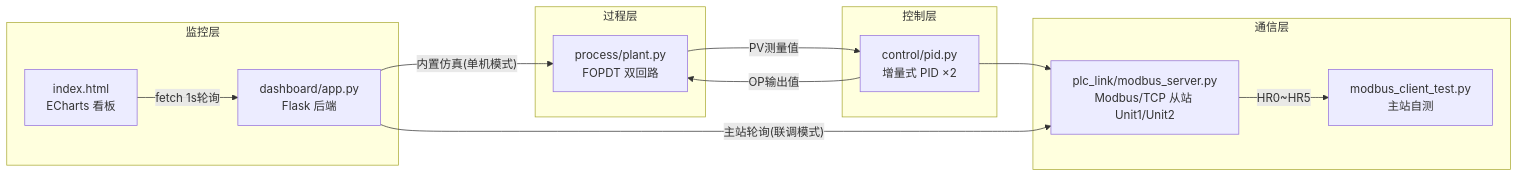
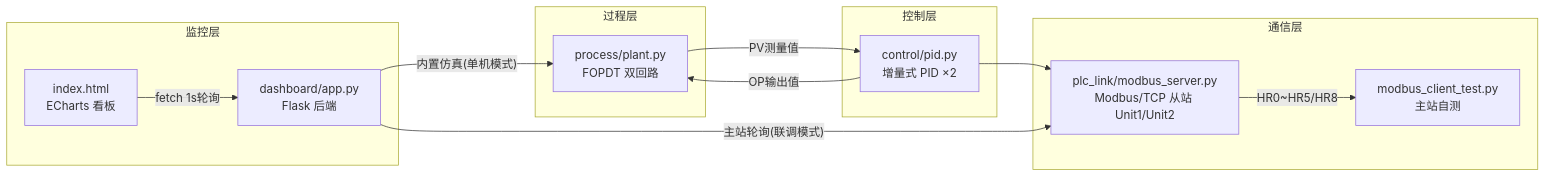
The diagram in docs/系统设计说明书.md (lian-automation/Water-Treatment-PID-Control-Simulation), drawn with Mermaid before and after one commit. The commit also changed other lines of this file and 33 other files, not shown here.

````diff
--- a/docs/系统设计说明书.md
+++ b/docs/系统设计说明书.md
@@ -23,24 +23,24 @@
 ```mermaid
 graph LR
     subgraph 过程层
         P[process/plant.py<br>FOPDT 双回路]
     end
     subgraph 控制层
         C[control/pid.py<br>增量式 PID ×2]
     end
     subgraph 通信层
         M[plc_link/modbus_server.py<br>Modbus/TCP 从站 Unit1/Unit2]
         CT[modbus_client_test.py<br>主站自测]
     end
     subgraph 监控层
         D[dashboard/app.py<br>Flask 后端]
         H[index.html<br>ECharts 看板]
     end
     P -- PV测量值 --> C
     C -- OP输出值 --> P
     C --> M
-    M -- HR0~HR5 --> CT
+    M -- HR0~HR5/HR8 --> CT
     D -- 主站轮询(联调模式) --> M
     D -- 内置仿真(单机模式) --> P
     H -- fetch 1s轮询 --> D
 ```
````
